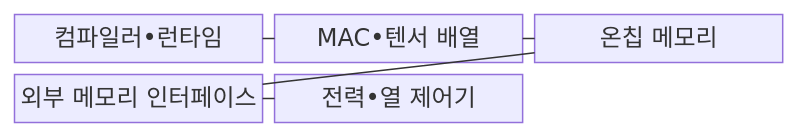
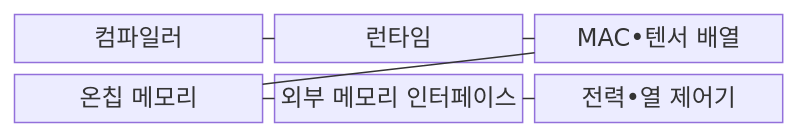
The first of 2 diagrams in src/content/docs/notes/08-latest-tech/140_ai_accelerator.md (agnusdei1207/knowledge-base), drawn with Mermaid before and after one commit. The commit also changed other lines of this file and 17 other files, not shown here.

````diff
--- a/src/content/docs/notes/08-latest-tech/140_ai_accelerator.md
+++ b/src/content/docs/notes/08-latest-tech/140_ai_accelerator.md
@@ -75,13 +80,15 @@
 ```mermaid
 block-beta
     columns 3
-    C["컴파일러•런타임"]
+    C["컴파일러"]
+    R["런타임"]
     A["MAC•텐서 배열"]
     O["온칩 메모리"]
     E["외부 메모리 인터페이스"]
     P["전력•열 제어기"]
-    C --- A
+    C --- R
+    R --- A
     A --- O
     O --- E
     E --- P
 ```
````
